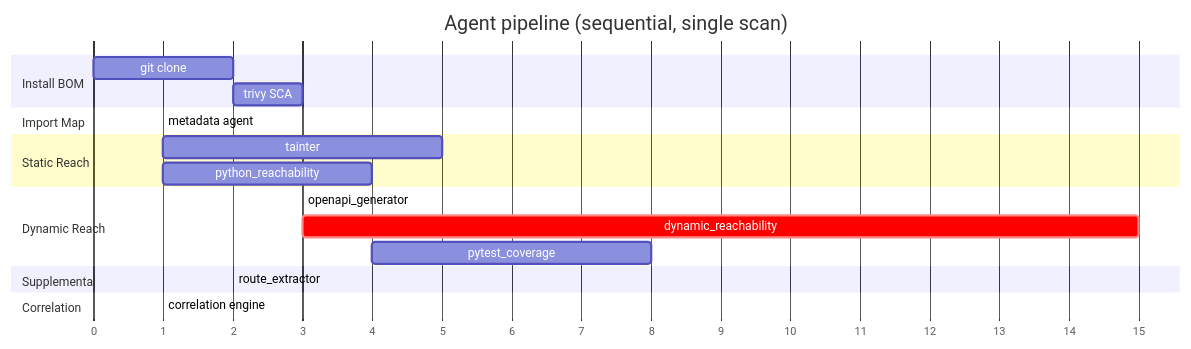
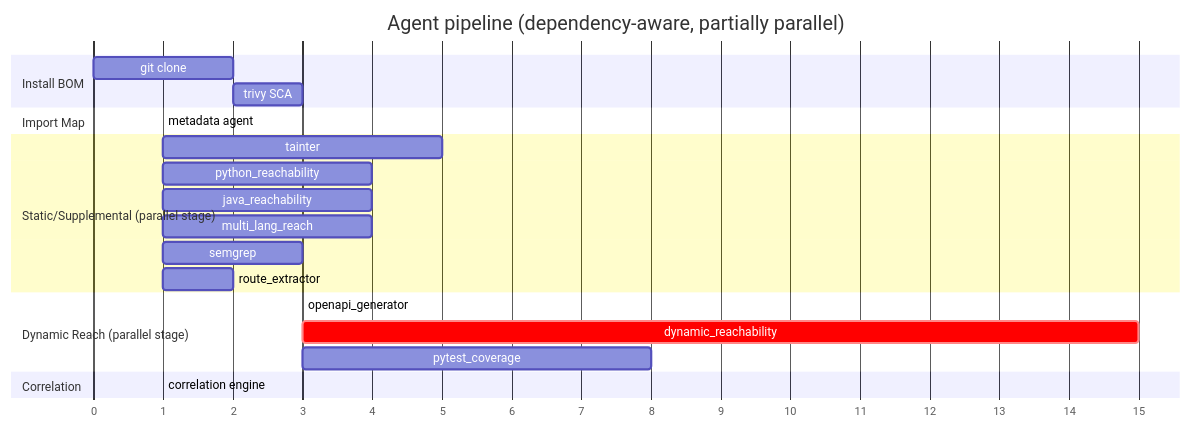
Before and after one commit to Bornunique911/VulnReach: the fourth of 4 diagrams in docs/architecture.md, drawn with Mermaid. The commit also changed other lines of this file and 63 other files, not shown here.

````diff
--- a/docs/architecture.md
+++ b/docs/architecture.md
@@ -134,28 +134,29 @@
 ```mermaid
 gantt
-    title Agent pipeline (sequential, single scan)
+    title Agent pipeline (dependency-aware, partially parallel)
     dateFormat  X
     axisFormat %s
 
     section Install BOM
     git clone          :a1, 0, 2
     trivy SCA          :a2, after a1, 3
 
     section Import Map
     metadata agent     :a3, after a2, 1
 
-    section Static Reach
+    section Static/Supplemental (parallel stage)
     tainter            :a4, after a3, 5
     python_reachability:a5, after a3, 4
+    java_reachability  :a5b, after a3, 4
+    multi_lang_reach   :a5c, after a3, 4
+    semgrep            :a5d, after a3, 3
+    route_extractor    :a9, after a3, 2
 
-    section Dynamic Reach
+    section Dynamic Reach (parallel stage)
     openapi_generator  :crit, a6, after a5, 3
     dynamic_reachability:crit, a7, after a6, 15
-    pytest_coverage    :a8, after a5, 8
-
-    section Supplemental
-    route_extractor    :a9, after a5, 2
+    pytest_coverage    :a8, after a6, 8
 
     section Correlation
     correlation engine :a10, after a9, 1
 ```
````
